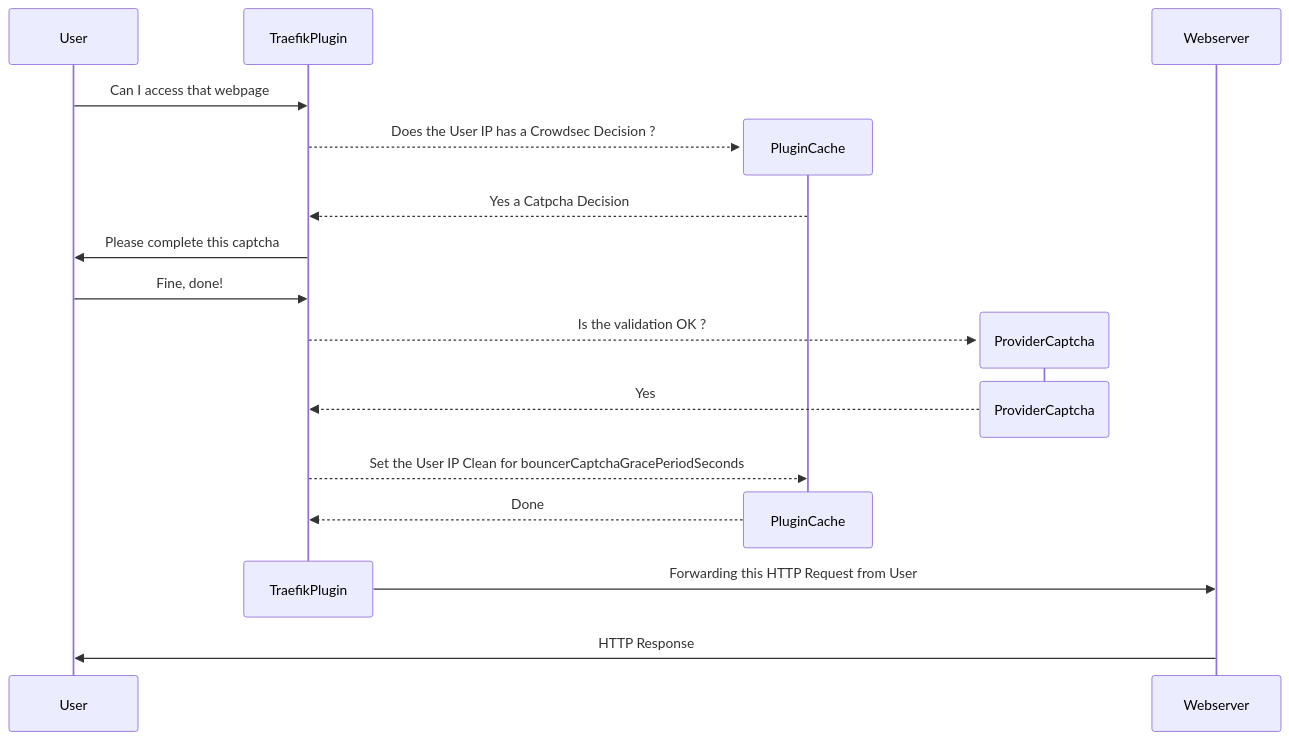
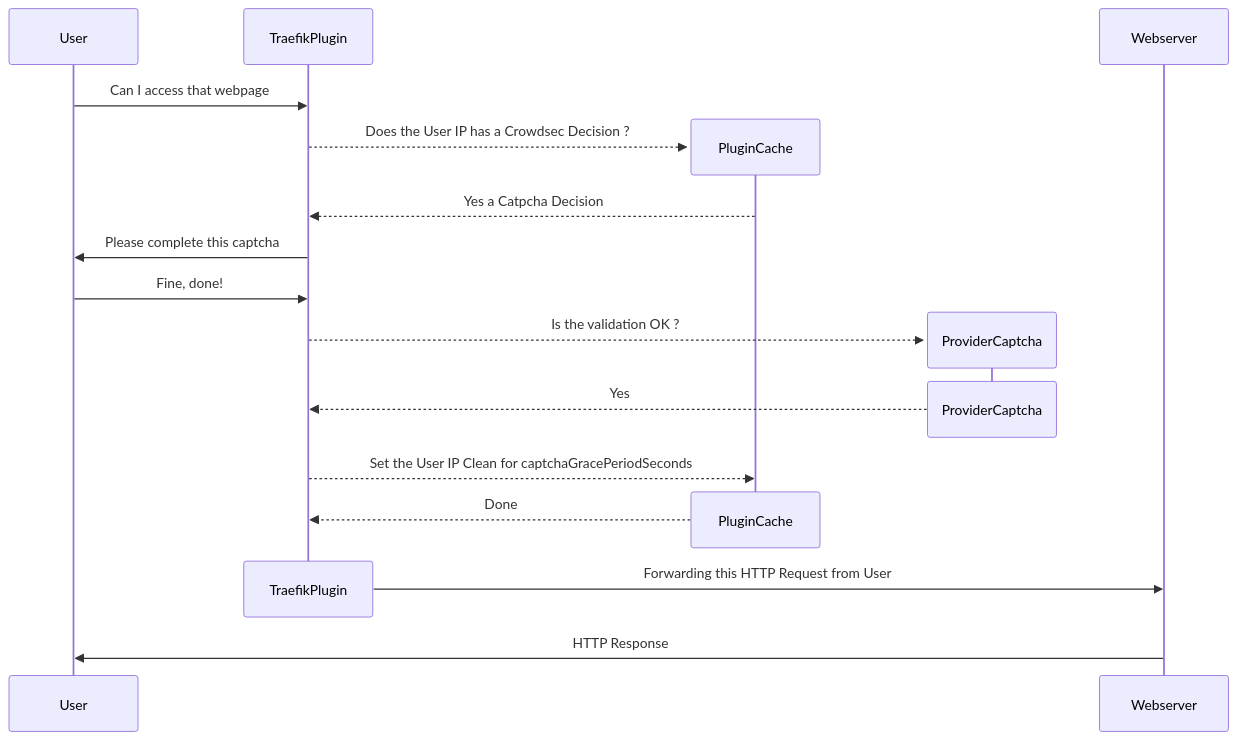
Before and after one commit to david-garcia-garcia/crowdsec-bouncer-traefik-plugin: the second of 3 diagrams in examples/captcha/README.md, drawn with Mermaid. The commit also changed other lines of this file and 23 other files, not shown here.

Commit message:
Rename owner-read captcha config from BouncerCaptcha to Captcha.

````diff
--- a/examples/captcha/README.md
+++ b/examples/captcha/README.md
@@ -113,21 +113,21 @@
 ```mermaid
 sequenceDiagram
     participant User
     participant TraefikPlugin
     User->>TraefikPlugin: Can I access that webpage
     create participant PluginCache
     TraefikPlugin-->>PluginCache: Does the User IP has a Crowdsec Decision ?
     PluginCache-->>TraefikPlugin: Yes a Catpcha Decision
     TraefikPlugin->>User: Please complete this captcha
     User->>TraefikPlugin: Fine, done!
     create participant ProviderCaptcha
     TraefikPlugin-->>ProviderCaptcha: Is the validation OK ?
     destroy ProviderCaptcha    
     ProviderCaptcha-->>TraefikPlugin: Yes
-    TraefikPlugin-->>PluginCache: Set the User IP Clean for bouncerCaptchaGracePeriodSeconds
+    TraefikPlugin-->>PluginCache: Set the User IP Clean for captchaGracePeriodSeconds
     destroy PluginCache
     PluginCache-->>TraefikPlugin: Done
     destroy TraefikPlugin
     TraefikPlugin->>Webserver: Forwarding this HTTP Request from User
     Webserver->>User: HTTP Response
 ```
````
